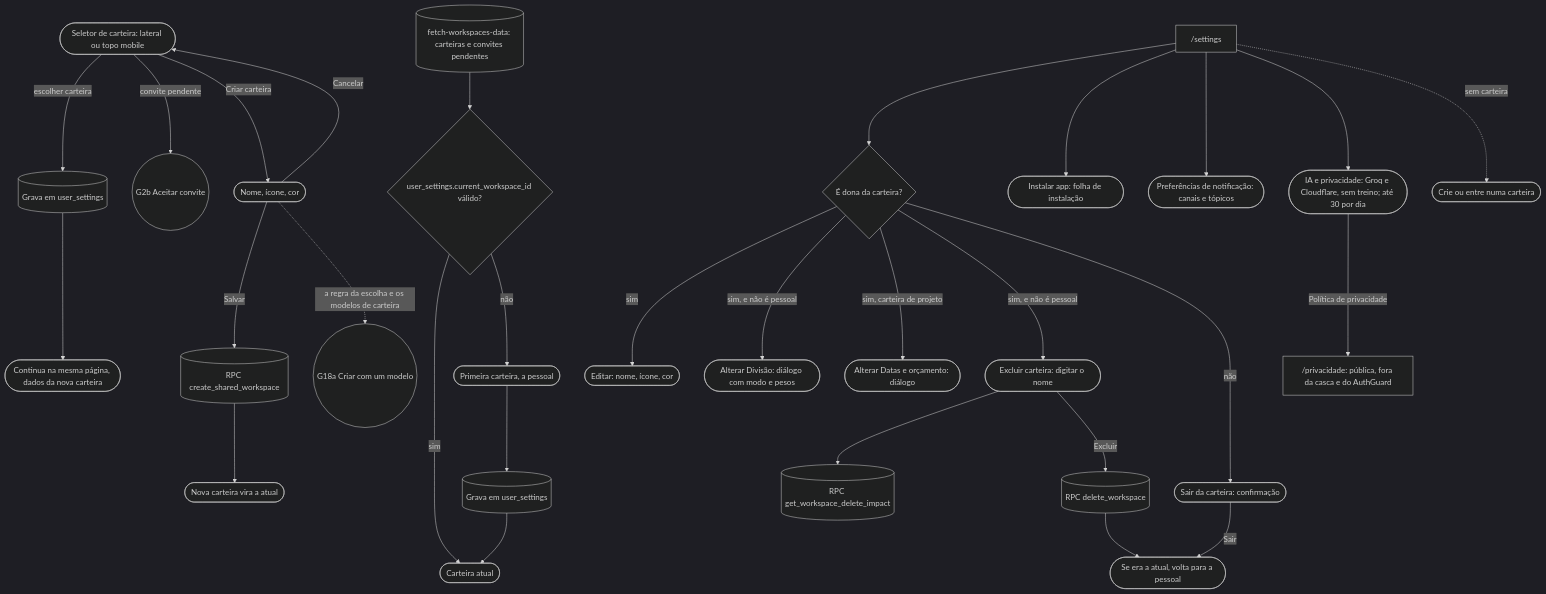
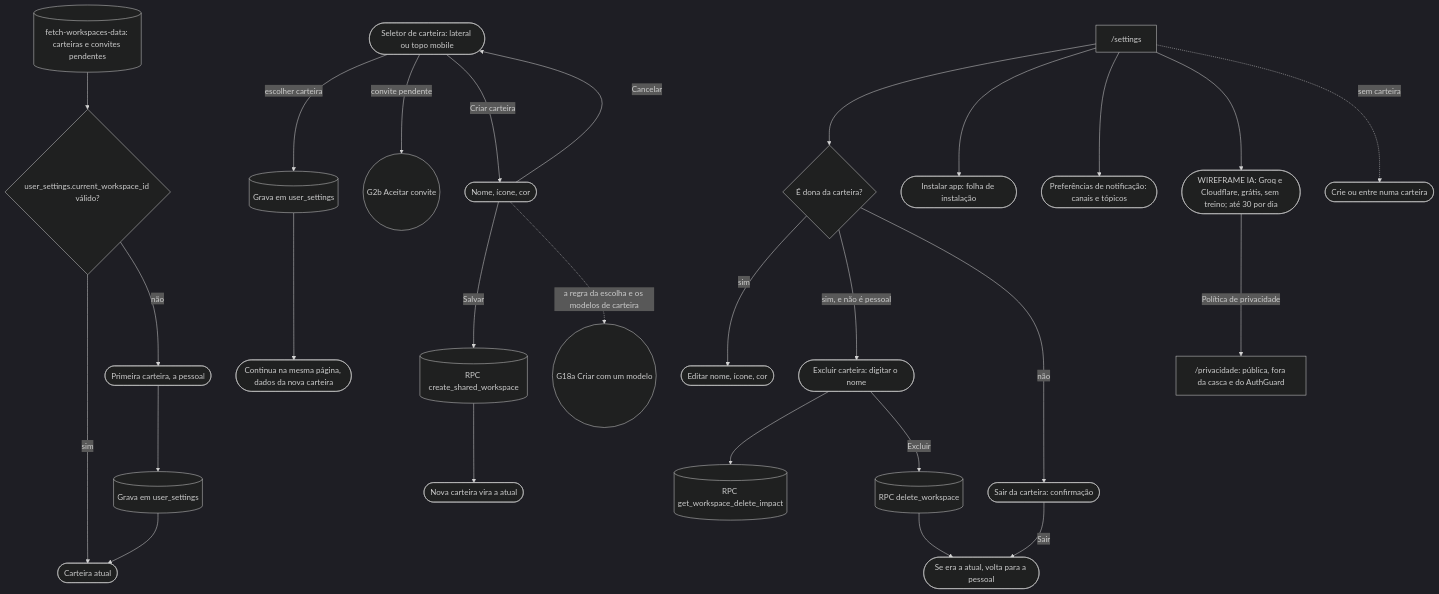
One commit to kauax2000/finance_app changed the fourth of 31 diagrams in docs/JORNADAS.md. Above: the diagram before and after it, drawn with Mermaid. The commit also changed other lines of this file and 49 other files, not shown here.

````diff
--- a/docs/JORNADAS.md
+++ b/docs/JORNADAS.md
@@ -300,28 +300,26 @@
 ```mermaid
 %%{init: {"theme": "dark"}}%%
 flowchart TD
     load[("fetch-workspaces-data: carteiras e convites pendentes")] --> current{"user_settings.current_workspace_id válido?"}
     current -->|"sim"| use(["Carteira atual"])
     current -->|"não"| first(["Primeira carteira, a pessoal"]) --> save[("Grava em user_settings")] --> use
 
     switcher(["Seletor de carteira: lateral ou topo mobile"]) -->|"escolher carteira"| save2[("Grava em user_settings")] --> same(["Continua na mesma página, dados da nova carteira"])
     switcher -->|"convite pendente"| accept(("G2b Aceitar convite"))
     switcher -->|"Criar carteira"| createDlg(["Nome, ícone, cor"])
     createDlg -->|"Salvar"| createRpc[("RPC create_shared_workspace")] --> newCurrent(["Nova carteira vira a atual"])
     createDlg -->|"Cancelar"| switcher
     createDlg -.->|"a regra da escolha e os modelos de carteira"| G18a(("G18a Criar com um modelo"))
 
     settings["/settings"] --> owner{"É dona da carteira?"}
-    owner -->|"sim"| edit(["Editar: nome, ícone, cor"])
-    owner -->|"sim, e não é pessoal"| divisao(["Alterar Divisão: diálogo com modo e pesos"])
-    owner -->|"sim, carteira de projeto"| datas(["Alterar Datas e orçamento: diálogo"])
+    owner -->|"sim"| edit(["Editar nome, ícone, cor"])
     owner -->|"sim, e não é pessoal"| del(["Excluir carteira: digitar o nome"])
     del --> impact[("RPC get_workspace_delete_impact")]
     del -->|"Excluir"| delRpc[("RPC delete_workspace")] --> fallback(["Se era a atual, volta para a pessoal"])
     owner -->|"não"| leave(["Sair da carteira: confirmação"]) -->|"Sair"| fallback
     settings --> pwa(["Instalar app: folha de instalação"])
     settings --> notif(["Preferências de notificação: canais e tópicos"])
-    settings --> ia(["IA e privacidade: Groq e Cloudflare, sem treino; até 30 por dia"])
-    ia -->|"Política de privacidade"| privacy["/privacidade: pública, fora da casca e do AuthGuard"]
+    settings --> iaWf(["WIREFRAME IA: Groq e Cloudflare, grátis, sem treino; até 30 por dia"])
+    iaWf -->|"Política de privacidade"| privacy["/privacidade: pública, fora da casca e do AuthGuard"]
     settings -.->|"sem carteira"| empty(["Crie ou entre numa carteira"])
 ```
````
